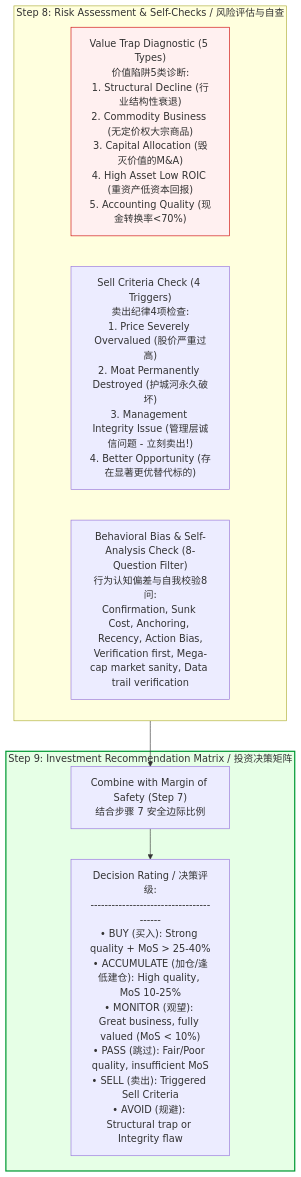
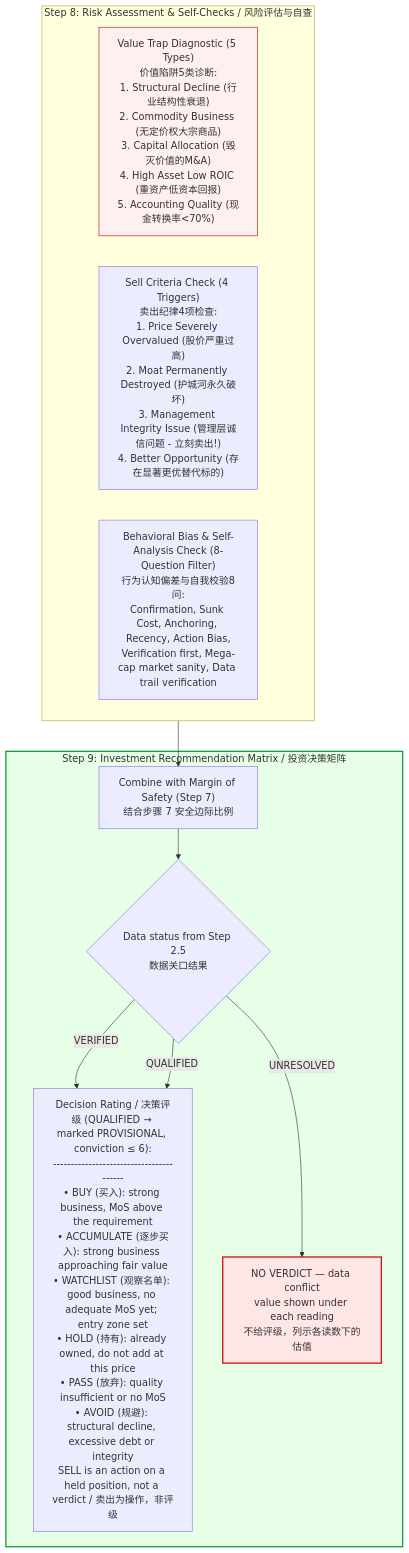
One commit to mikezhang09-code/value-investment-skills changed the eighth of 9 diagrams in value_investing_skill_mermaid_architecture.md. Above: the diagram before and after it, drawn with Mermaid. The commit also changed other lines of this file and 1 other file, not shown here.

First line of the commit message:
docs: update README and architecture diagrams for the data gate and new valuation method

````diff
--- a/value_investing_skill_mermaid_architecture.md
+++ b/value_investing_skill_mermaid_architecture.md
@@ -265,20 +315,24 @@
 ```mermaid
 flowchart TD
     subgraph Step8_Risk ["Step 8: Risk Assessment & Self-Checks / 风险评估与自查"]
         VT["Value Trap Diagnostic (5 Types)<br>价值陷阱5类诊断:<br>1. Structural Decline (行业结构性衰退)<br>2. Commodity Business (无定价权大宗商品)<br>3. Capital Allocation (毁灭价值的M&A)<br>4. High Asset Low ROIC (重资产低资本回报)<br>5. Accounting Quality (现金转换率<70%)"]
         
         SellCheck["Sell Criteria Check (4 Triggers)<br>卖出纪律4项检查:<br>1. Price Severely Overvalued (股价严重过高)<br>2. Moat Permanently Destroyed (护城河永久破坏)<br>3. Management Integrity Issue (管理层诚信问题 - 立刻卖出!)<br>4. Better Opportunity (存在显著更优替代标的)"]
         
         Biases["Behavioral Bias & Self-Analysis Check (8-Question Filter)<br>行为认知偏差与自我校验8问:<br>Confirmation, Sunk Cost, Anchoring, Recency, Action Bias,<br>Verification first, Mega-cap market sanity, Data trail verification"]
     end
 
     Step8_Risk --> MoS_Input["Combine with Margin of Safety (Step 7)<br>结合步骤 7 安全边际比例"]
 
     subgraph Step9_Decision ["Step 9: Investment Recommendation Matrix / 投资决策矩阵"]
-        MoS_Input --> Ratings
-        Ratings["Decision Rating / 决策评级:<br>----------------------------------------<br>• BUY (买入): Strong quality + MoS > 25-40%<br>• ACCUMULATE (加仓/逢低建仓): High quality, MoS 10-25%<br>• MONITOR (观望): Great business, fully valued (MoS < 10%)<br>• PASS (跳过): Fair/Poor quality, insufficient MoS<br>• SELL (卖出): Triggered Sell Criteria<br>• AVOID (规避): Structural trap or Integrity flaw"]
+        MoS_Input --> DS{"Data status from Step 2.5<br>数据关口结果"}
+        DS -->|VERIFIED| Ratings
+        DS -->|QUALIFIED| Ratings
+        DS -->|UNRESOLVED| NoVerdict["NO VERDICT — data conflict<br>value shown under each reading<br>不给评级，列示各读数下的估值"]
+        Ratings["Decision Rating / 决策评级 (QUALIFIED → marked PROVISIONAL, conviction ≤ 6):<br>----------------------------------------<br>• BUY (买入): strong business, MoS above the requirement<br>• ACCUMULATE (逐步买入): strong business approaching fair value<br>• WATCHLIST (观察名单): good business, no adequate MoS yet; entry zone set<br>• HOLD (持有): already owned, do not add at this price<br>• PASS (放弃): quality insufficient or no MoS<br>• AVOID (规避): structural decline, excessive debt or integrity<br>SELL is an action on a held position, not a verdict / 卖出为操作，非评级"]
     end
 
     style Step9_Decision fill:#e6ffe6,stroke:#009933,stroke-width:2px
+    style NoVerdict fill:#ffe6e6,stroke:#cc0000,stroke-width:2px
     style VT fill:#fff0f0,stroke:#cc0000,stroke-width:1px
 ```
````
